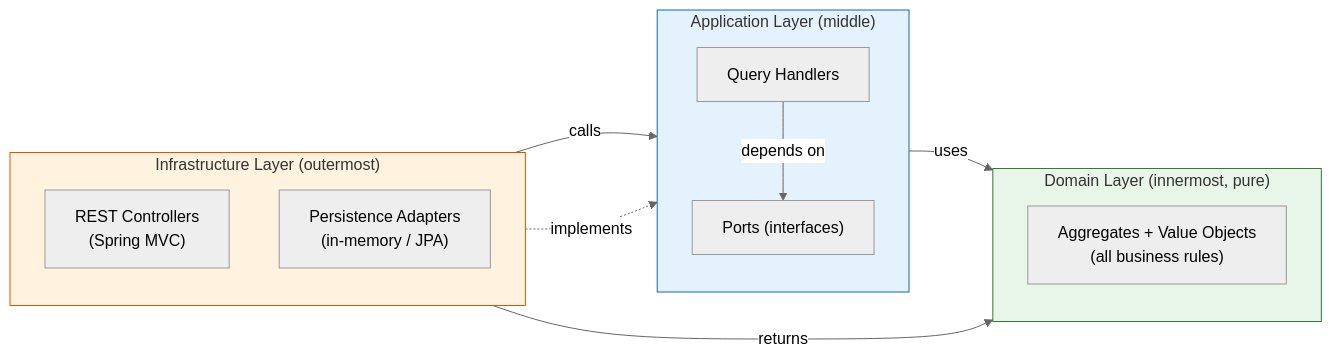
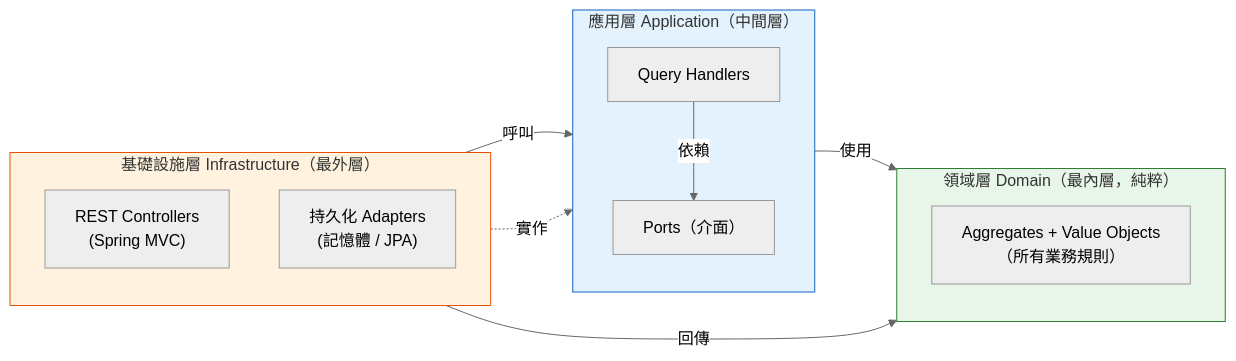
Before and after one commit to ChunPingWang/spring-boot-ddd-hexagonal-cqrs-tutorial: the first of 6 diagrams in README.md, drawn with Mermaid (neutral theme). The commit also changed other lines of this file, not shown here.

````diff
--- a/README.md
+++ b/README.md
@@ -72,27 +69,27 @@
 ```mermaid
 flowchart LR
-    subgraph Infrastructure["Infrastructure Layer (outermost)"]
+    subgraph Infrastructure["基礎設施層 Infrastructure（最外層）"]
         direction TB
         REST["REST Controllers<br/>(Spring MVC)"]
-        DB["Persistence Adapters<br/>(in-memory / JPA)"]
+        DB["持久化 Adapters<br/>(記憶體 / JPA)"]
     end
-    subgraph Application["Application Layer (middle)"]
+    subgraph Application["應用層 Application（中間層）"]
         direction TB
         HANDLER["Query Handlers"]
-        PORTS["Ports (interfaces)"]
+        PORTS["Ports（介面）"]
     end
-    subgraph Domain["Domain Layer (innermost, pure)"]
+    subgraph Domain["領域層 Domain（最內層，純粹）"]
         direction TB
-        AGG["Aggregates + Value Objects<br/>(all business rules)"]
+        AGG["Aggregates + Value Objects<br/>（所有業務規則）"]
     end
 
-    REST -->|calls| HANDLER
-    HANDLER -->|uses| AGG
-    HANDLER -->|depends on| PORTS
-    DB -.implements.-> PORTS
-    DB -->|returns| AGG
+    REST -->|呼叫| HANDLER
+    HANDLER -->|使用| AGG
+    HANDLER -->|依賴| PORTS
+    DB -.實作.-> PORTS
+    DB -->|回傳| AGG
 
     style Domain fill:#e8f5e9,stroke:#2e7d32
     style Application fill:#e3f2fd,stroke:#1565c0
     style Infrastructure fill:#fff3e0,stroke:#e65100
 ```
````
